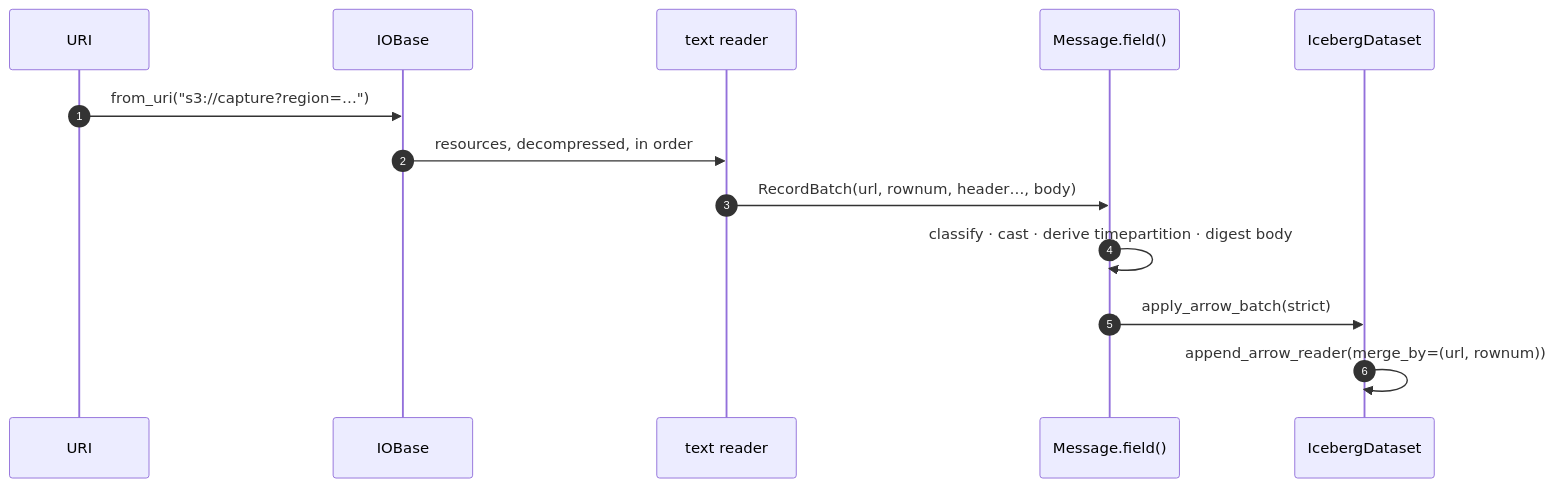
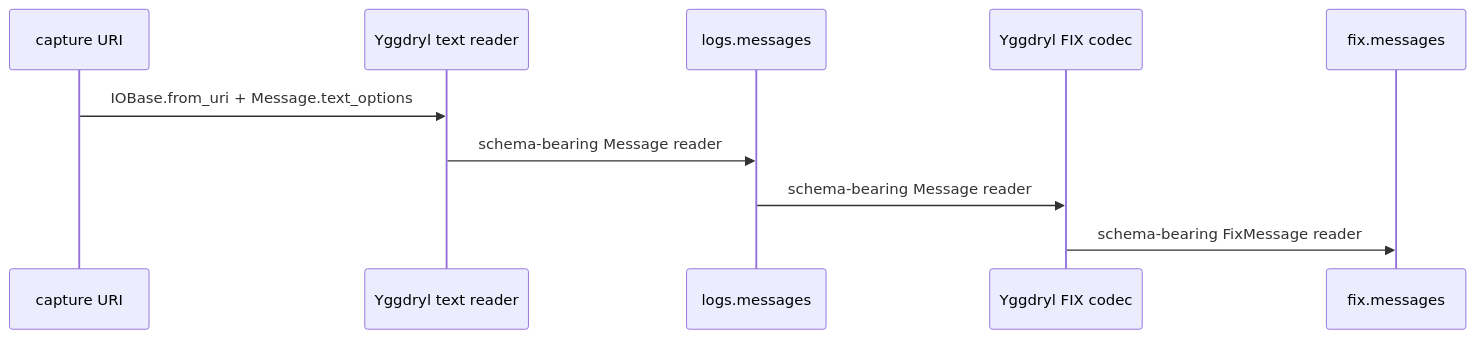
One commit to Platob/yggfin changed the second of 3 diagrams in docs/overview/architecture.md. Above: the diagram before and after it, drawn with Mermaid. The commit also changed other lines of this file and 46 other files, not shown here.

````diff
--- a/docs/overview/architecture.md
+++ b/docs/overview/architecture.md
@@ -49,15 +37,12 @@
 ```mermaid
 sequenceDiagram
-    autonumber
-    participant U as URI
-    participant IO as IOBase
-    participant T as text reader
-    participant M as Message.field()
-    participant D as IcebergDataset
-    U->>IO: from_uri("s3://capture?region=…")
-    IO->>T: resources, decompressed, in order
-    T->>M: RecordBatch(url, rownum, header…, body)
-    M->>M: classify · cast · derive timepartition · digest body
-    M->>D: apply_arrow_batch(strict)
-    D->>D: append_arrow_reader(merge_by=(url, rownum))
+    participant U as capture URI
+    participant T as Yggdryl text reader
+    participant M as logs.messages
+    participant F as Yggdryl FIX codec
+    participant X as fix.messages
+    U->>T: IOBase.from_uri + Message.text_options
+    T->>M: schema-bearing Message reader
+    M->>F: schema-bearing Message reader
+    F->>X: schema-bearing FixMessage reader
 ```
````
